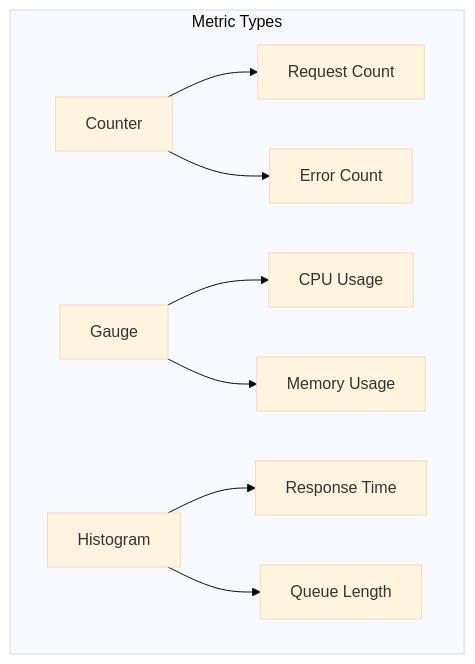
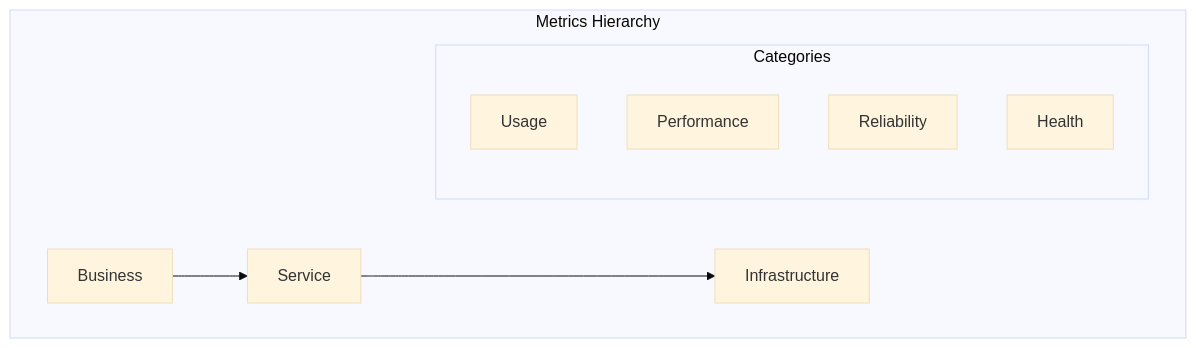
The fourth of 4 diagrams in src/Monitoring_and_Observability_Patterns.md (saravanakumarrc/Architecture_Journey), drawn with Mermaid (base theme) before and after one commit. The commit also changed other lines of this file and 6 other files, not shown here.

First line of the commit message:
Refactor observability documentation: streamline sections, enhance clarity, and update diagrams for better understanding of monitoring components and patterns.

````diff
--- a/src/Monitoring_and_Observability_Patterns.md
+++ b/src/Monitoring_and_Observability_Patterns.md
@@ -362,13 +201,14 @@
 ```mermaid
 graph TB
-    subgraph "Metric Types"
-        C[Counter] --> RC[Request Count]
-        C --> EC[Error Count]
+    subgraph "Metrics Hierarchy"
+        B[Business] --> S[Service]
+        S --> I[Infrastructure]
         
-        G[Gauge] --> CPU[CPU Usage]
-        G --> MEM[Memory Usage]
-        
-        H[Histogram] --> RT[Response Time]
-        H --> QL[Queue Length]
+        subgraph "Categories"
+            U[Usage]
+            P[Performance]
+            R[Reliability]
+            H[Health]
+        end
     end
 ```
````
